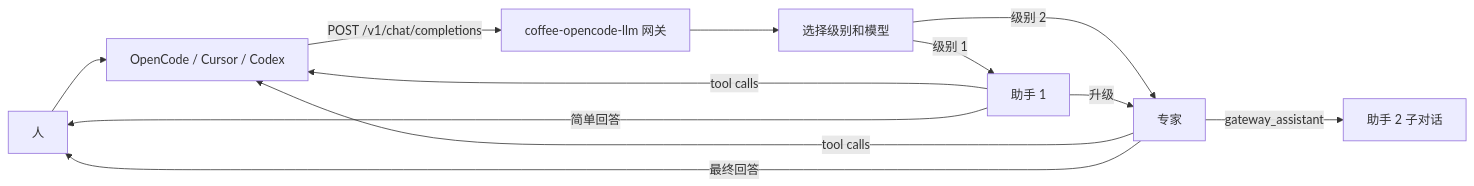
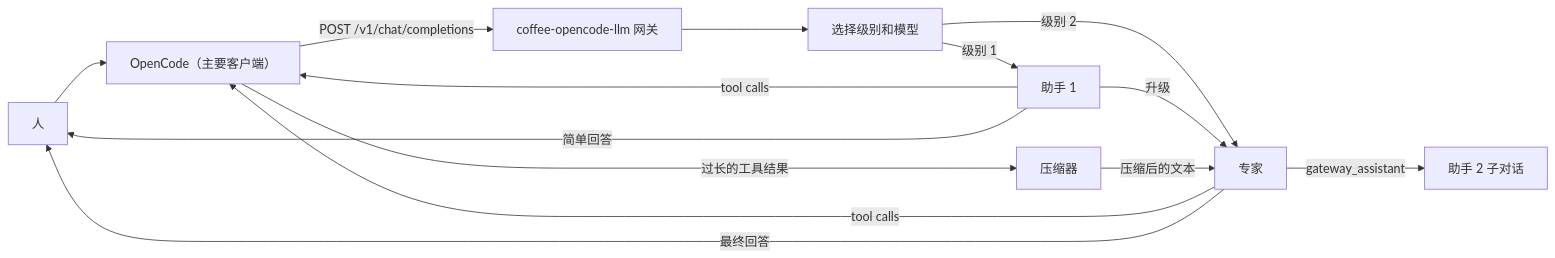
One commit to coffeebreak-ai/coffee-opencode-llm changed the first of 2 diagrams in README.zh-cn.md. Above: the diagram before and after it, drawn with Mermaid. The commit also changed other lines of this file and 2 other files, not shown here.

Commit message:
docs: OpenCode as the primary client, deflator in the request path
State up front that the gateway is built for OpenCode: provider
protocol, Thought streaming, progress events, session headers, with
Cursor and Codex on the same OpenAI-compatible API. The request path
diagram now shows the deflator condensing long tool results, mirroring
the reference layout of the earlier Python README.

````diff
--- a/README.zh-cn.md
+++ b/README.zh-cn.md
@@ -15,14 +18,16 @@
 ```mermaid
 flowchart LR
-    human["人"] --> client["OpenCode / Cursor / Codex"]
-    client -->|"POST /v1/chat/completions"| gw["coffee-opencode-llm 网关"]
+    human["人"] --> oc["OpenCode（主要客户端）"]
+    oc -->|"POST /v1/chat/completions"| gw["coffee-opencode-llm 网关"]
     gw --> decide["选择级别和模型"]
     decide -->|"级别 1"| asst["助手 1"]
     decide -->|"级别 2"| expert["专家"]
     asst -->|"升级"| expert
     expert -->|"gateway_assistant"| helper["助手 2 子对话"]
-    asst -->|"tool calls"| client
-    expert -->|"tool calls"| client
+    asst -->|"tool calls"| oc
+    expert -->|"tool calls"| oc
+    oc -->|"过长的工具结果"| deflator["压缩器"]
+    deflator -->|"压缩后的文本"| expert
     asst -->|"简单回答"| human
     expert -->|"最终回答"| human
 ```
````
